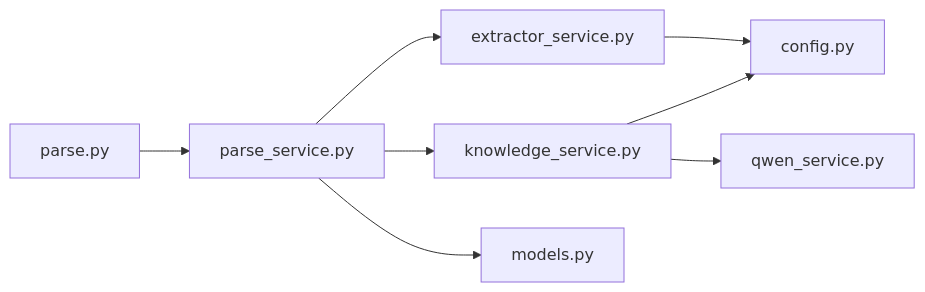
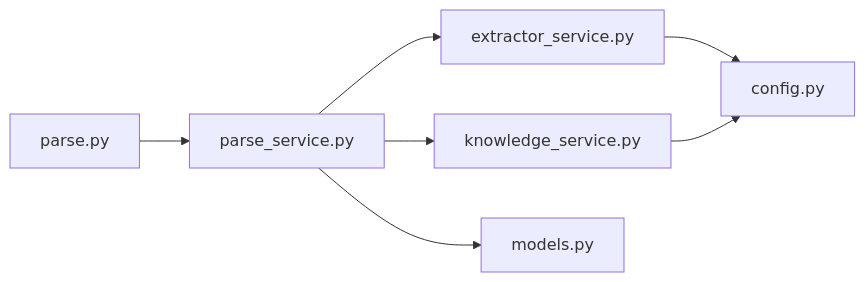
The fifth of 5 diagrams in .qoder/repowiki/zh/content/后端API文档/内容解析API.md (zhiwenli-jack/personal-learning-manager), drawn with Mermaid before and after one commit. The commit also changed other lines of this file and 15 other files, not shown here.

````diff
--- a/.qoder/repowiki/zh/content/后端API文档/内容解析API.md
+++ b/.qoder/repowiki/zh/content/后端API文档/内容解析API.md
@@ -318,10 +319,9 @@
 ```mermaid
 graph LR
 API["parse.py"] --> PS["parse_service.py"]
 PS --> ES["extractor_service.py"]
 PS --> KS["knowledge_service.py"]
-KS --> QW["qwen_service.py"]
 PS --> DB["models.py"]
 ES --> CFG["config.py"]
 KS --> CFG
 ```
````
